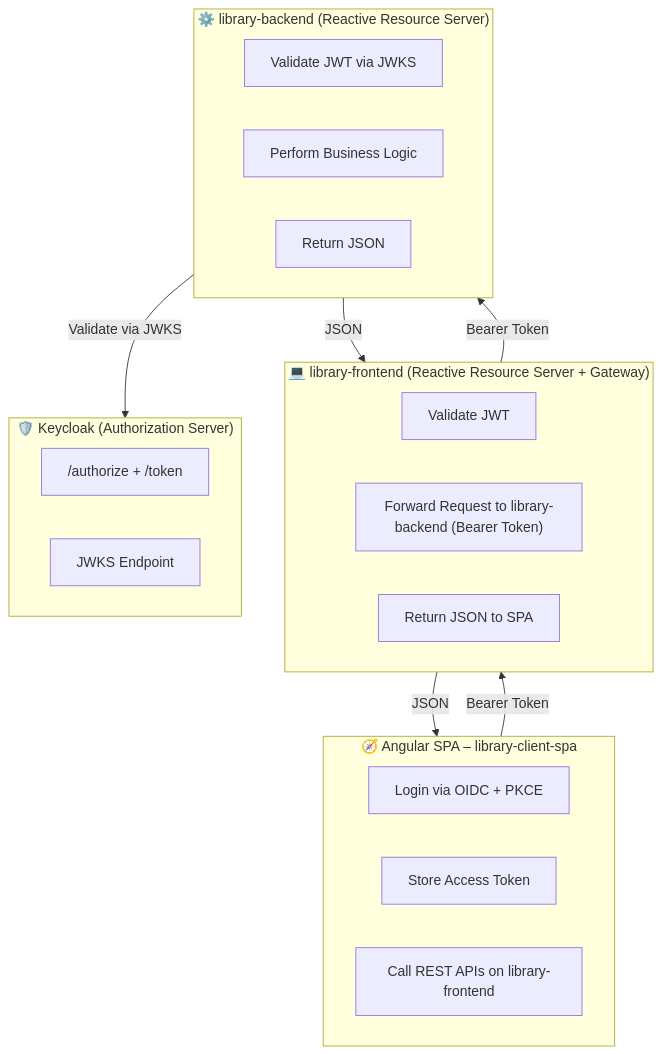
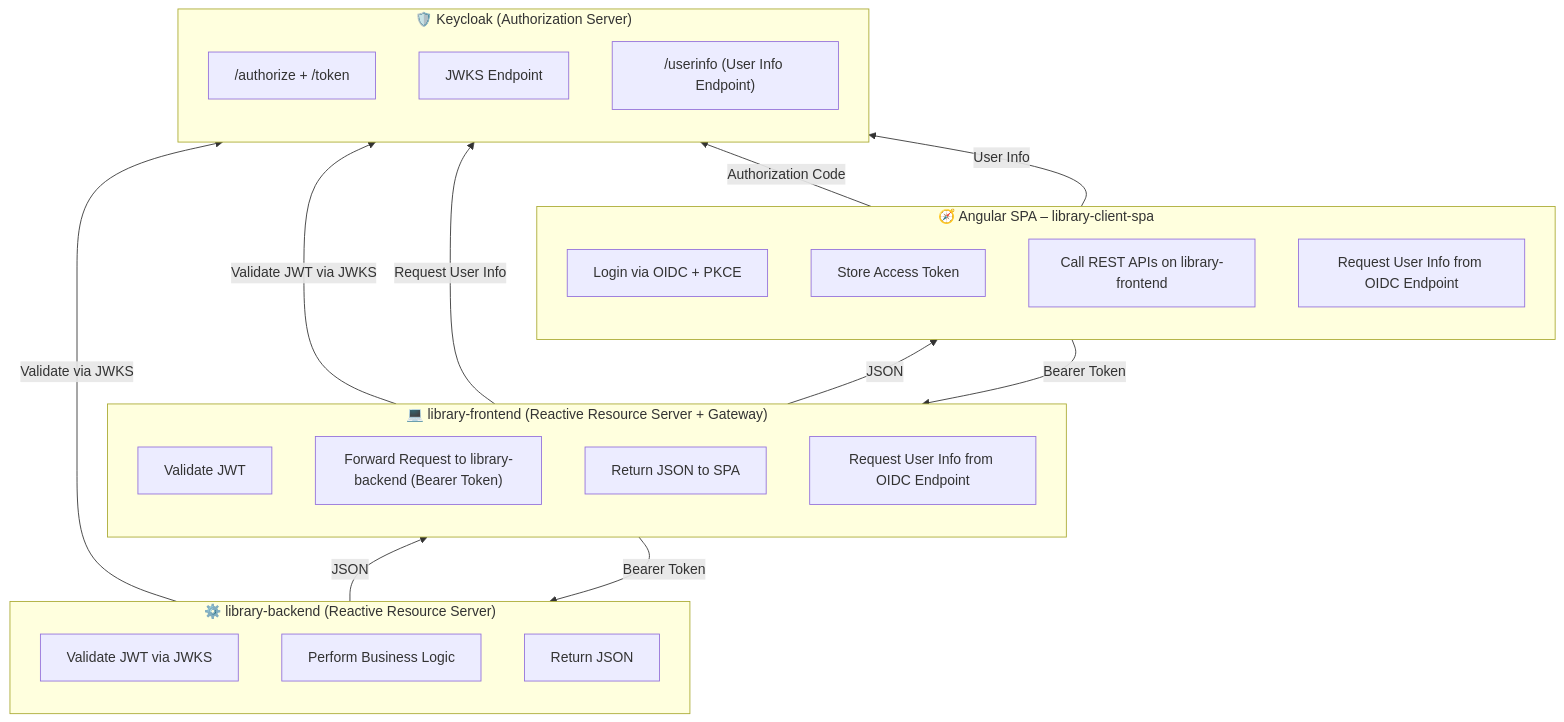
Before and after one commit to kergru/library-rest: the diagram in README.md, drawn with Mermaid. The commit also changed other lines of this file and 3 other files, not shown here.

````diff
--- a/README.md
+++ b/README.md
@@ -79,32 +44,39 @@
 ```mermaid
-flowchart TB
+flowchart BT
     subgraph SPA["🧭 Angular SPA – library-client-spa"]
         SPA1["Login via OIDC + PKCE"]
         SPA2["Store Access Token"]
         SPA3["Call REST APIs on library-frontend"]
+        SPA4["Request User Info from OIDC Endpoint"]
     end
 
     subgraph FRONTEND["💻 library-frontend (Reactive Resource Server + Gateway)"]
         FE1["Validate JWT"]
         FE2["Forward Request to library-backend (Bearer Token)"]
         FE3["Return JSON to SPA"]
+        FE4["Request User Info from OIDC Endpoint"]
     end
 
     subgraph BACKEND["⚙️ library-backend (Reactive Resource Server)"]
         BE1["Validate JWT via JWKS"]
         BE2["Perform Business Logic"]
         BE3["Return JSON"]
     end
 
     subgraph AUTH["🛡️ Keycloak (Authorization Server)"]
         AS1["/authorize + /token"]
         AS2["JWKS Endpoint"]
+        AS3["/userinfo (User Info Endpoint)"]
     end
 
+    SPA -->|"Authorization Code"| AUTH
     SPA -->|"Bearer Token"| FRONTEND
     FRONTEND -->|"Bearer Token"| BACKEND
+    FRONTEND -->|"Validate JWT via JWKS"| AUTH
+    FRONTEND -->|"Request User Info"| AUTH
     BACKEND -->|"Validate via JWKS"| AUTH
     BACKEND -->|"JSON"| FRONTEND
     FRONTEND -->|"JSON"| SPA
+    SPA -->|"User Info"| AUTH
 
 ```
````
